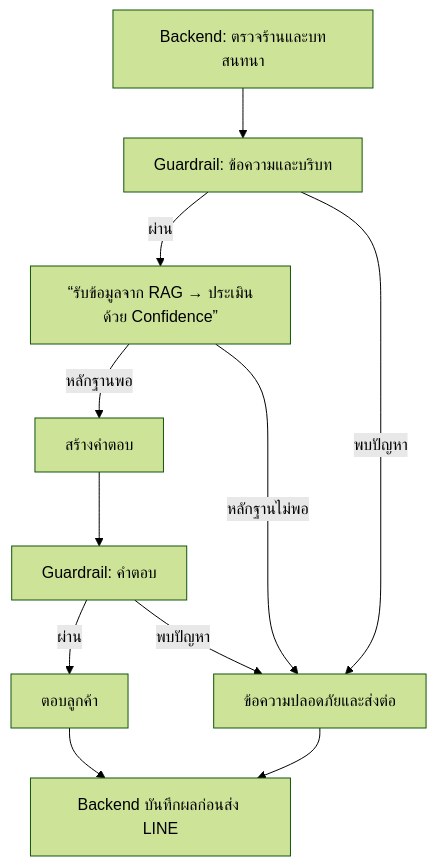
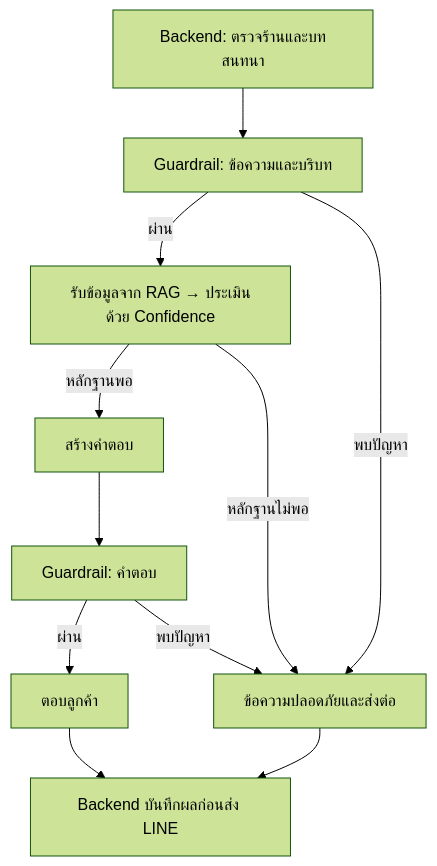
One commit to namnueatechtitan/Chatto-AI-Commerce-Assistant changed the diagram in docs/implementation/mcp-confidence-guardrail-th.md. Above: the diagram before and after it, drawn with Mermaid (forest theme).

Commit message:
docs: clarify MCP confidence and guardrail guide

````diff
--- a/docs/implementation/mcp-confidence-guardrail-th.md
+++ b/docs/implementation/mcp-confidence-guardrail-th.md
@@ -7,13 +7,13 @@
 ```mermaid
 flowchart TD
   A["Backend: ตรวจร้านและบทสนทนา"] --> B["Guardrail: ข้อความและบริบท"]
-  B -->|ผ่าน| C[“รับข้อมูลจาก RAG → ประเมินด้วย Confidence”]
+  B -->|ผ่าน| C["รับข้อมูลจาก RAG → ประเมินด้วย Confidence"]
   B -->|พบปัญหา| H["ข้อความปลอดภัยและส่งต่อ"]
   C -->|หลักฐานพอ| D["สร้างคำตอบ"]
   C -->|หลักฐานไม่พอ| H
   D --> E["Guardrail: คำตอบ"]
   E -->|ผ่าน| F["ตอบลูกค้า"]
   E -->|พบปัญหา| H
   F --> G["Backend บันทึกผลก่อนส่ง LINE"]
   H --> G
 ```
````
